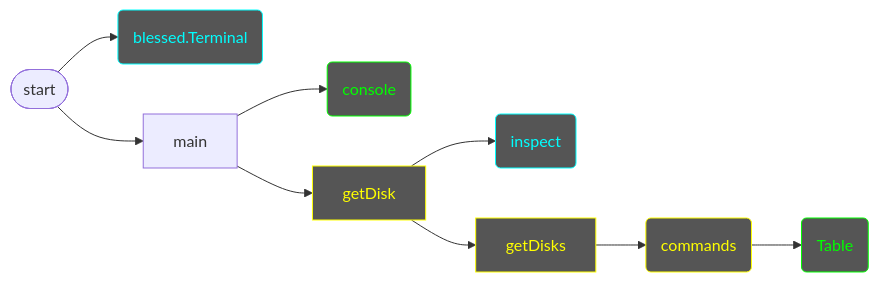
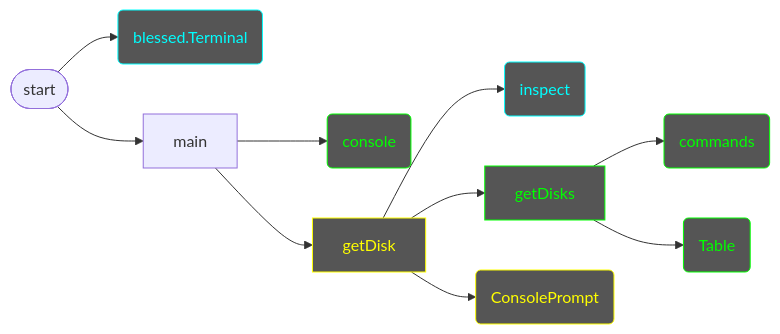
Before and after one commit to 7s4e/p3: the diagram in scripts/get_disk/design.md, drawn with Mermaid. The commit also changed 2 other files, not shown here.

Commit message:
update getDisk design

````diff
--- a/scripts/get_disk/design.md
+++ b/scripts/get_disk/design.md
@@ -2,30 +2,25 @@
 ```mermaid
 flowchart LR
     classDef complete color:#0f0,stroke:#0f0,fill:#555
     classDef working color:#ff0,stroke:#ff0,fill:#555
     classDef library color:#0ff,stroke:#0ff,fill:#555
     IF([start])
         IF --> TRM
         IF --> MAIN
-    TRM(blessed.Terminal)
-        TRM:::library
+    TRM(blessed.Terminal):::library
     MAIN[main]
         MAIN --> CON
         MAIN --> GD
-    CON(console)
-        CON:::complete
-    GD[getDisk]
-        GD:::working
+    CON(console):::complete
+    GD[getDisk]:::working
         GD --> INSP
         GD --> GDS
-    INSP(inspect)
-        INSP:::library
-    GDS[getDisks]
-        GDS:::working
+        GD --> CCP
+    INSP(inspect):::library
+    GDS[getDisks]:::complete
         GDS --> CMD
-    CMD(commands)
-        CMD:::working
-        CMD --> TBL
-    TBL(Table)
-        TBL:::complete
+        GDS --> TBL
+    CMD(commands):::complete
+    TBL(Table):::complete
+    CCP(ConsolePrompt):::working
 ```
````
